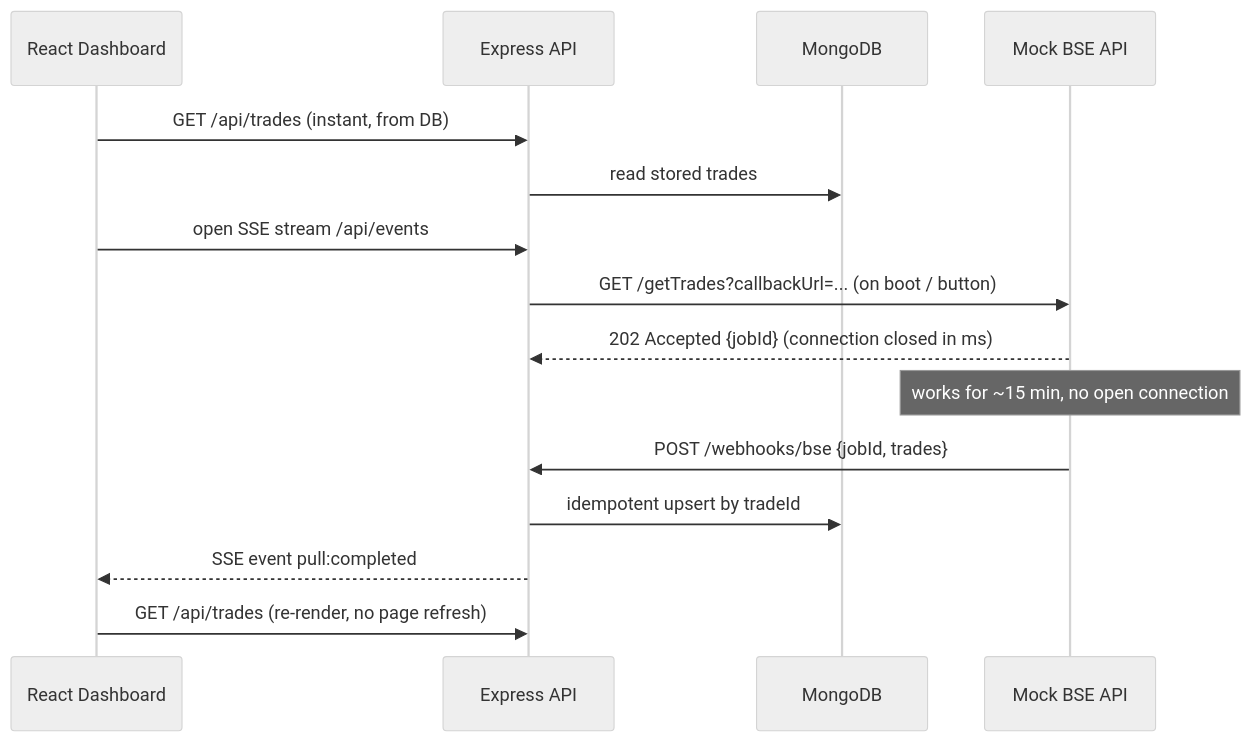
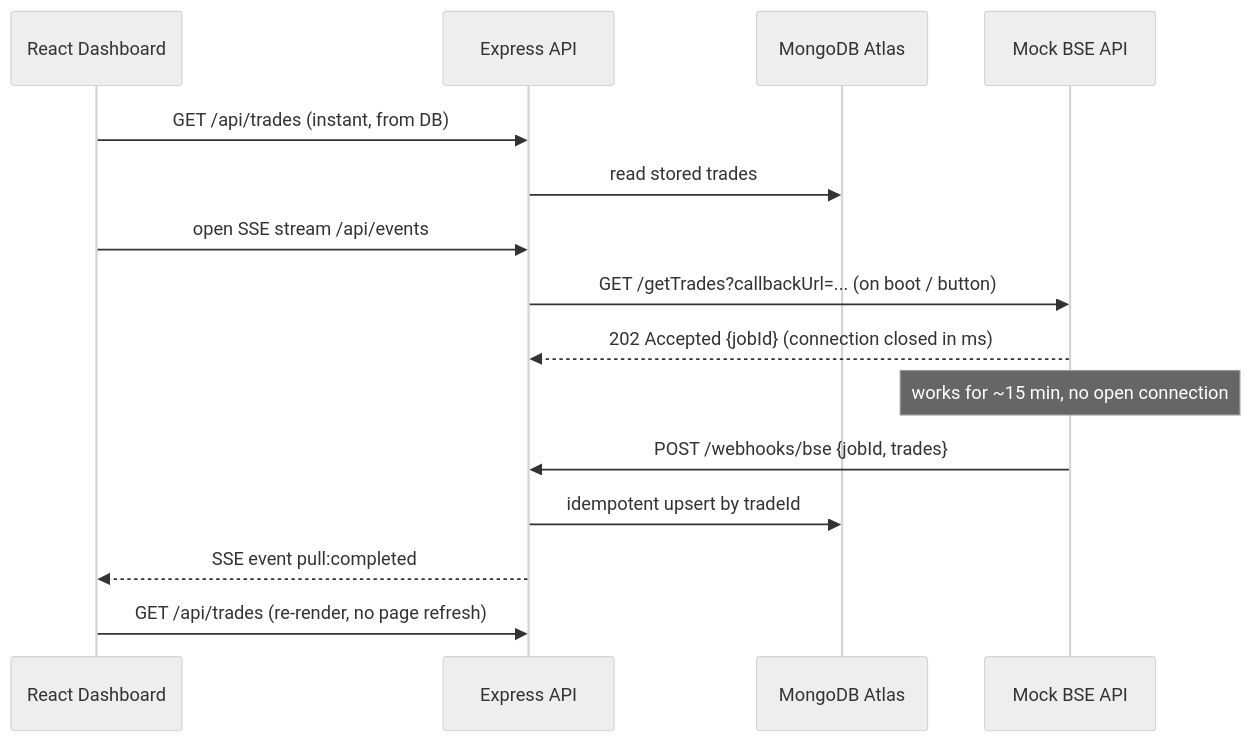
Before and after one commit to Sahileweb/Mock-BSE-API: the diagram in ARCHITECTURE.md, drawn with Mermaid (neutral theme). The commit also changed other lines of this file and 1 other file, not shown here.

````diff
--- a/ARCHITECTURE.md
+++ b/ARCHITECTURE.md
@@ -9,18 +10,18 @@
 ```mermaid
 sequenceDiagram
     participant UI as React Dashboard
     participant API as Express API
-    participant DB as MongoDB
+    participant DB as MongoDB Atlas
     participant BSE as Mock BSE API
 
     UI->>API: GET /api/trades (instant, from DB)
     API->>DB: read stored trades
     UI->>API: open SSE stream /api/events
     API->>BSE: GET /getTrades?callbackUrl=... (on boot / button)
-    BSE-->>API: 202 Accepted {jobId}  (connection closed in ms)
+    BSE-->>API: 202 Accepted {jobId} (connection closed in ms)
     Note over BSE: works for ~15 min, no open connection
     BSE->>API: POST /webhooks/bse {jobId, trades}
     API->>DB: idempotent upsert by tradeId
     API-->>UI: SSE event pull:completed
     UI->>API: GET /api/trades (re-render, no page refresh)
 ```
````
